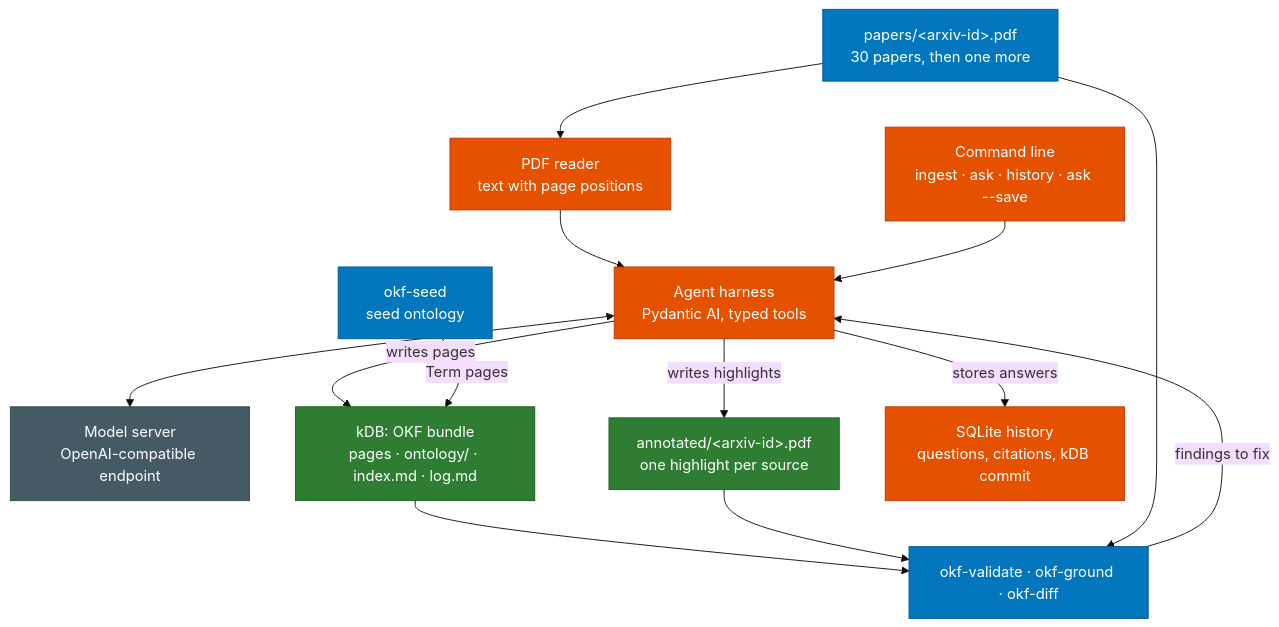
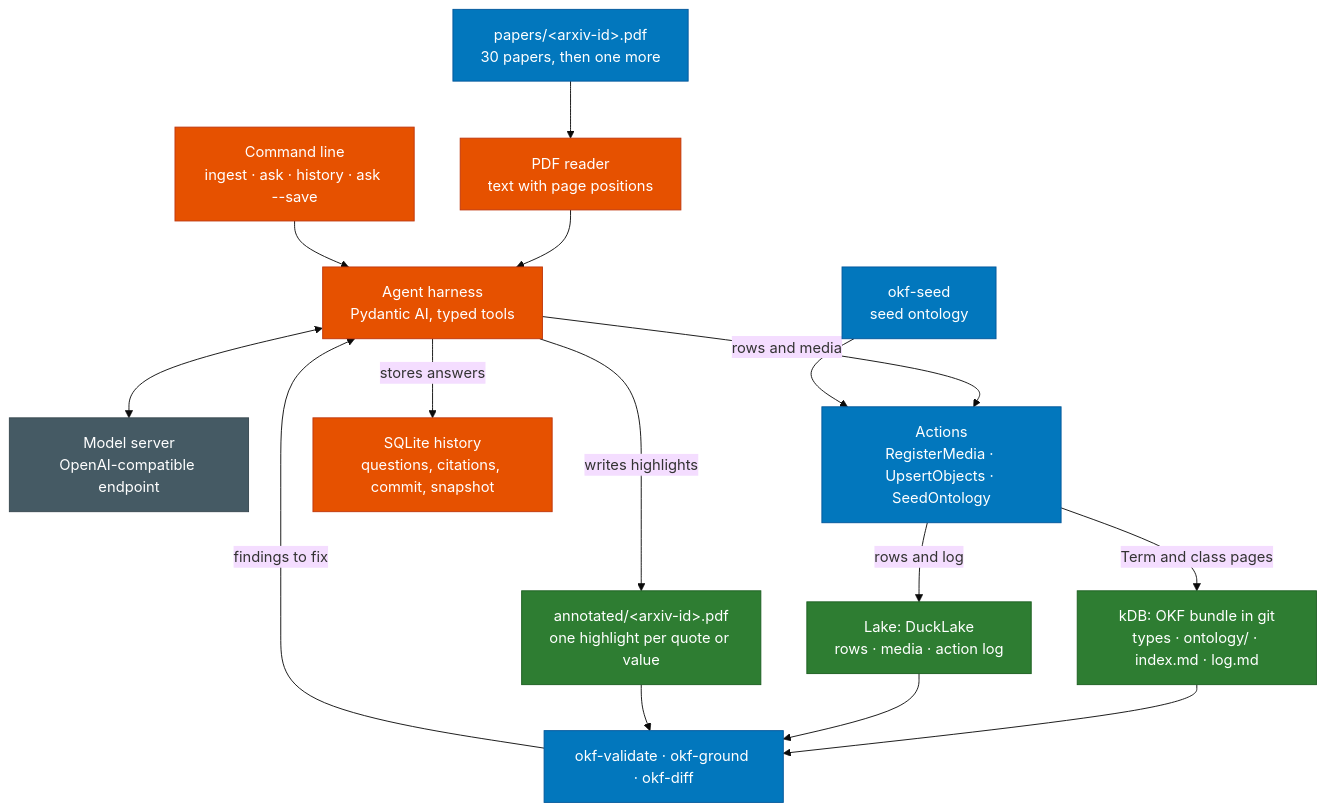
One commit to pantelis/physical-ai-kdb changed the diagram in README.md. Above: the diagram before and after it, drawn with Mermaid (base theme). The commit also changed other lines of this file and 19 other files, not shown here.

````diff
--- a/README.md
+++ b/README.md
@@ -149,34 +164,38 @@
 ```mermaid
 graph TB
     papers["papers/&lt;arxiv-id&gt;.pdf<br/>30 papers, then one more"]
     reader["PDF reader<br/>text with page positions"]
     cli["Command line<br/>ingest · ask · history · ask --save"]
     agent["Agent harness<br/>Pydantic AI, typed tools"]
     llm["Model server<br/>OpenAI-compatible endpoint"]
-    kdb["kDB: OKF bundle<br/>pages · ontology/ · index.md · log.md"]
-    annotated["annotated/&lt;arxiv-id&gt;.pdf<br/>one highlight per source"]
-    history["SQLite history<br/>questions, citations, kDB commit"]
+    actions["Actions<br/>RegisterMedia · UpsertObjects · SeedOntology"]
+    kdb["kDB: OKF bundle in git<br/>types · ontology/ · index.md · log.md"]
+    lake["Lake: DuckLake<br/>rows · media · action log"]
+    annotated["annotated/&lt;arxiv-id&gt;.pdf<br/>one highlight per quote or value"]
+    history["SQLite history<br/>questions, citations, commit, snapshot"]
     seed["okf-seed<br/>seed ontology"]
     checks["okf-validate · okf-ground · okf-diff"]
 
     papers --> reader --> agent
     cli --> agent
     agent <--> llm
-    agent -->|"writes pages"| kdb
+    agent -->|"rows and media"| actions
     agent -->|"writes highlights"| annotated
     agent -->|"stores answers"| history
-    seed -->|"Term pages"| kdb
+    seed --> actions
+    actions -->|"Term and class pages"| kdb
+    actions -->|"rows and log"| lake
     kdb --> checks
+    lake --> checks
     annotated --> checks
-    papers --> checks
     checks -->|"findings to fix"| agent
 
     classDef yours fill:#e65100,stroke:#bf360c,color:#fff
     classDef given fill:#0277bd,stroke:#01579b,color:#fff
     classDef served fill:#455a64,stroke:#37474f,color:#fff
     classDef data fill:#2e7d32,stroke:#1b5e20,color:#fff
     class reader,cli,agent,history yours
-    class papers,seed,checks given
+    class papers,seed,checks,actions given
     class llm served
-    class kdb,annotated data
+    class kdb,lake,annotated data
 ```
````
